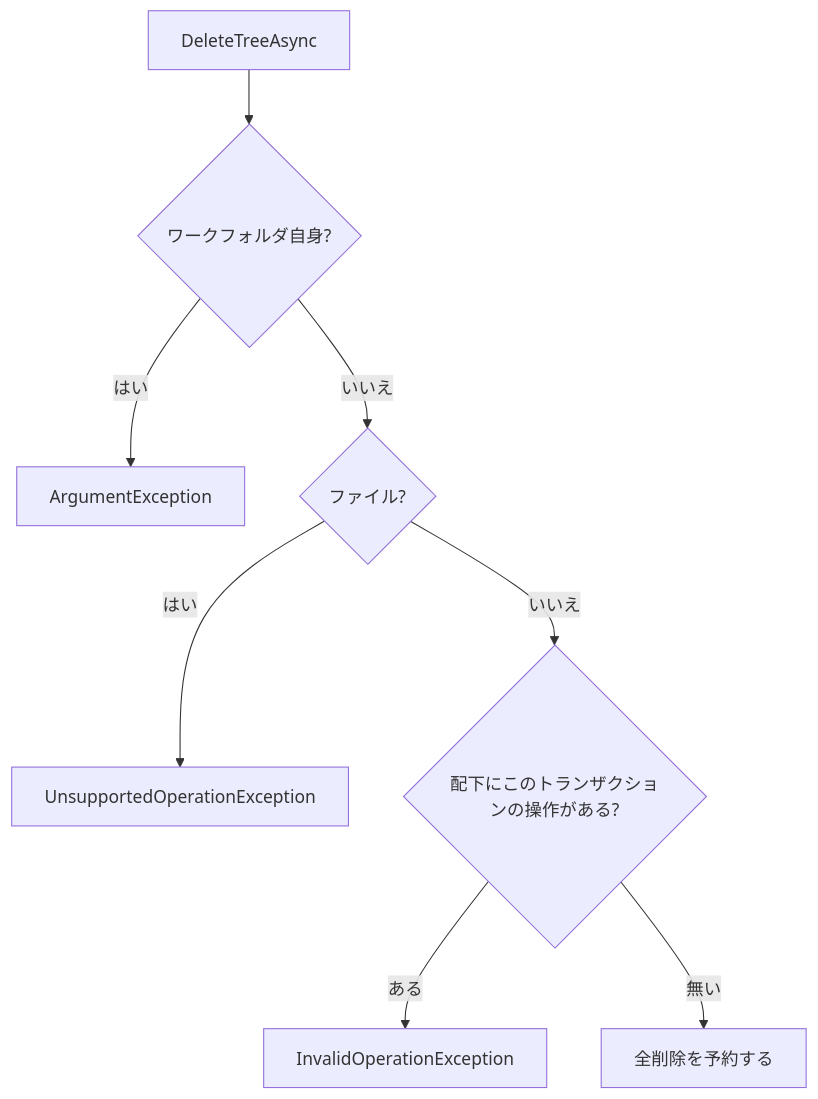
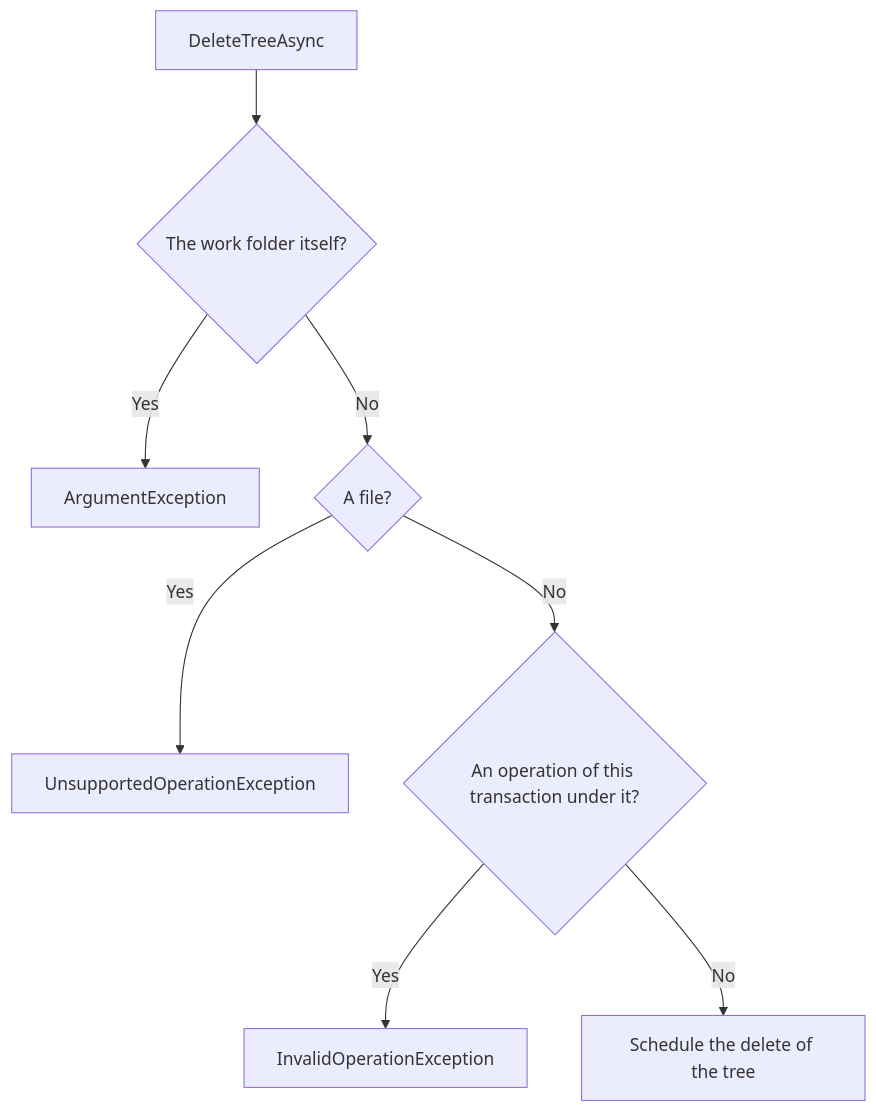
The eighth of 15 diagrams in README.md (YUKIKEDA/Txfio), drawn with Mermaid before and after one commit. The commit also changed other lines of this file and 218 other files, not shown here.

````diff
--- a/README.md
+++ b/README.md
@@ -305,10 +307,10 @@
 ```mermaid
 flowchart TD
-  tree["DeleteTreeAsync"] --> self{"ワークフォルダ自身?"}
-  self -->|はい| arg["ArgumentException"]
-  self -->|いいえ| file{"ファイル?"}
-  file -->|はい| uns["UnsupportedOperationException"]
-  file -->|いいえ| under{"配下にこのトランザクションの操作がある?"}
-  under -->|ある| inv["InvalidOperationException"]
-  under -->|無い| ok["全削除を予約する"]
+  tree["DeleteTreeAsync"] --> self{"The work folder itself?"}
+  self -->|Yes| arg["ArgumentException"]
+  self -->|No| file{"A file?"}
+  file -->|Yes| uns["UnsupportedOperationException"]
+  file -->|No| under{"An operation of this transaction under it?"}
+  under -->|Yes| inv["InvalidOperationException"]
+  under -->|No| ok["Schedule the delete of the tree"]
 ```
````
